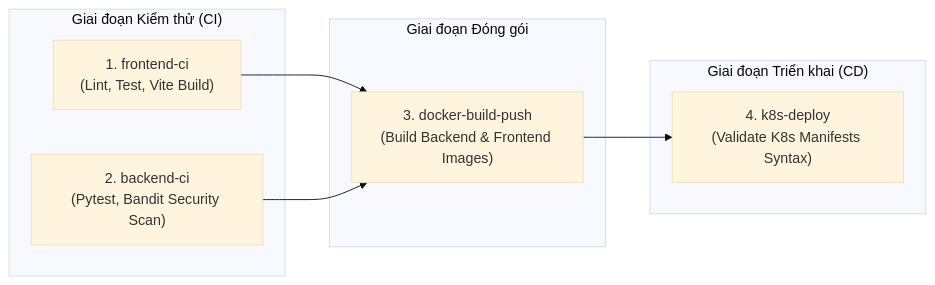
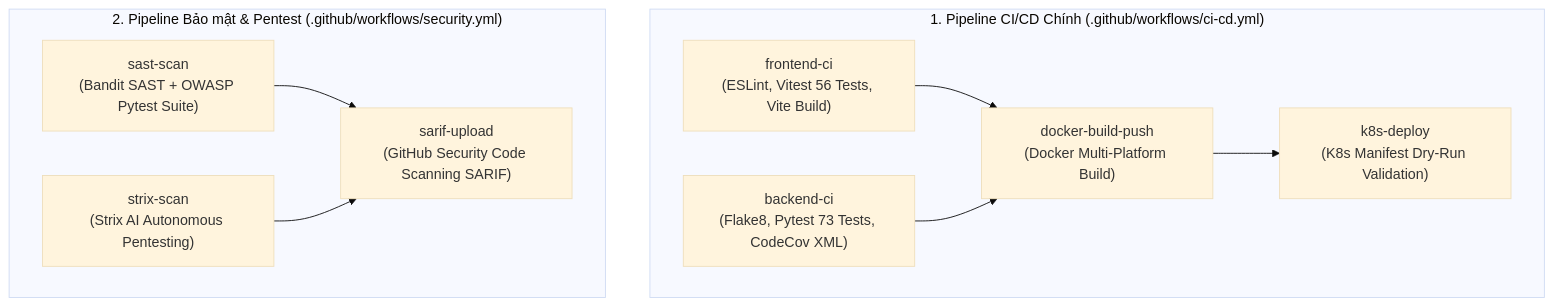
The second of 3 diagrams in README.md (Johnyyd/ecommerce), drawn with Mermaid (base theme) before and after one commit. The commit also changed other lines of this file, not shown here.

````diff
--- a/README.md
+++ b/README.md
@@ -895,19 +1000,20 @@
 ```mermaid
-flowchart LR
-    subgraph CI["Giai đoạn Kiểm thử (CI)"]
-        J1["1. frontend-ci\n(Lint, Test, Vite Build)"]
-        J2["2. backend-ci\n(Pytest, Bandit Security Scan)"]
+flowchart TD
+    subgraph PipelineCI["1. Pipeline CI/CD Chính (.github/workflows/ci-cd.yml)"]
+        J1["frontend-ci\n(ESLint, Vitest 56 Tests, Vite Build)"]
+        J2["backend-ci\n(Flake8, Pytest 73 Tests, CodeCov XML)"]
+        J3["docker-build-push\n(Docker Multi-Platform Build)"]
+        J4["k8s-deploy\n(K8s Manifest Dry-Run Validation)"]
+        J1 --> J3
+        J2 --> J3
+        J3 --> J4
     end
 
-    subgraph Build["Giai đoạn Đóng gói"]
-        J3["3. docker-build-push\n(Build Backend & Frontend Images)"]
+    subgraph PipelineSec["2. Pipeline Bảo mật & Pentest (.github/workflows/security.yml)"]
+        S1["sast-scan\n(Bandit SAST + OWASP Pytest Suite)"]
+        S2["strix-scan\n(Strix AI Autonomous Pentesting)"]
+        S3["sarif-upload\n(GitHub Security Code Scanning SARIF)"]
+        S1 --> S3
+        S2 --> S3
     end
-
-    subgraph CD["Giai đoạn Triển khai (CD)"]
-        J4["4. k8s-deploy\n(Validate K8s Manifests Syntax)"]
-    end
-
-    J1 --> J3
-    J2 --> J3
-    J3 --> J4
 ```
````
